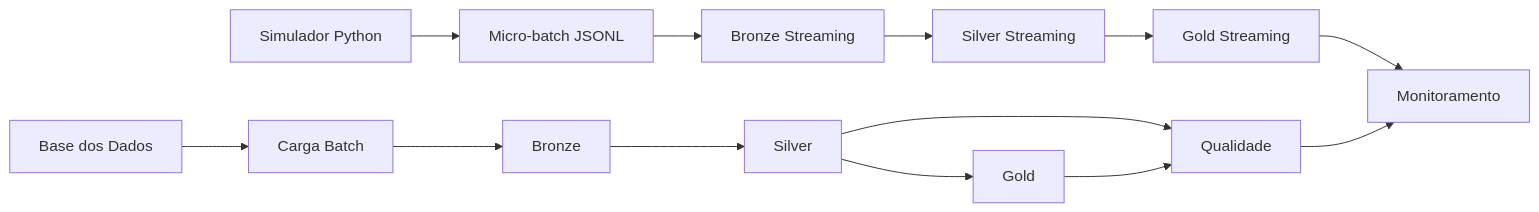
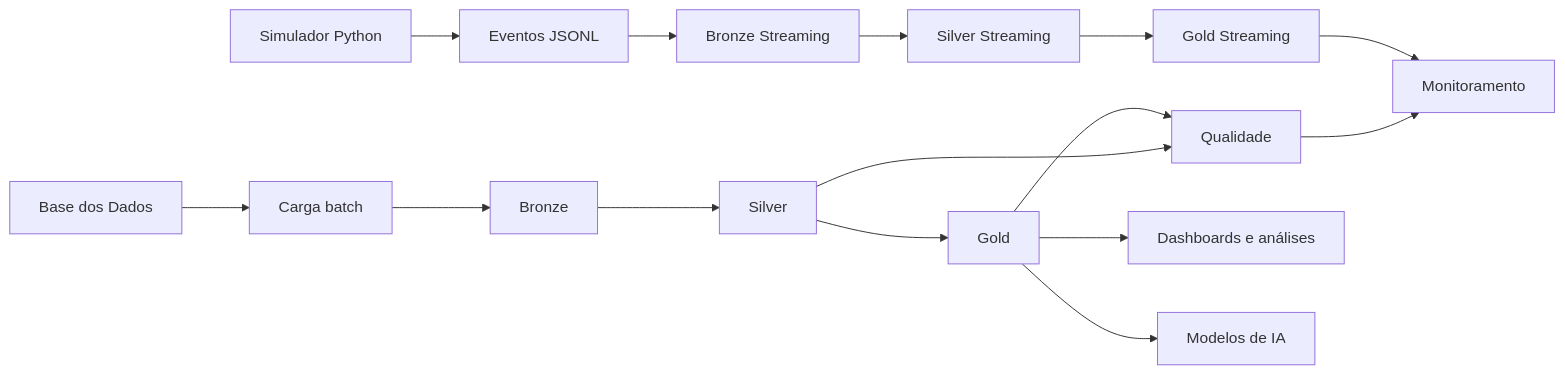
The diagram in README.md (vicdemarchi/pipeline-alfabetizacao), drawn with Mermaid before and after one commit. The commit also changed other lines of this file, not shown here.

````diff
--- a/README.md
+++ b/README.md
@@ -23,15 +37,19 @@
 ```mermaid
 flowchart LR
-    A[Base dos Dados] --> B[Carga Batch]
-    B --> C[Bronze]
-    C --> D[Silver]
-    D --> E[Gold]
-    D --> Q[Qualidade]
-    E --> Q
-    P[Simulador Python] --> M[Micro-batch JSONL]
-    M --> CS[Bronze Streaming]
-    CS --> SS[Silver Streaming]
-    SS --> GS[Gold Streaming]
-    GS --> MON[Monitoramento]
-    Q --> MON
+    BD[Base dos Dados] --> BATCH[Carga batch]
+    BATCH --> BR[Bronze]
+    BR --> SI[Silver]
+    SI --> GO[Gold]
+    SI --> QA[Qualidade]
+    GO --> QA
+
+    PY[Simulador Python] --> JSONL[Eventos JSONL]
+    JSONL --> BRS[Bronze Streaming]
+    BRS --> SIS[Silver Streaming]
+    SIS --> GOS[Gold Streaming]
+
+    QA --> MON[Monitoramento]
+    GOS --> MON
+    GO --> BI[Dashboards e análises]
+    GO --> IA[Modelos de IA]
 ```
````
